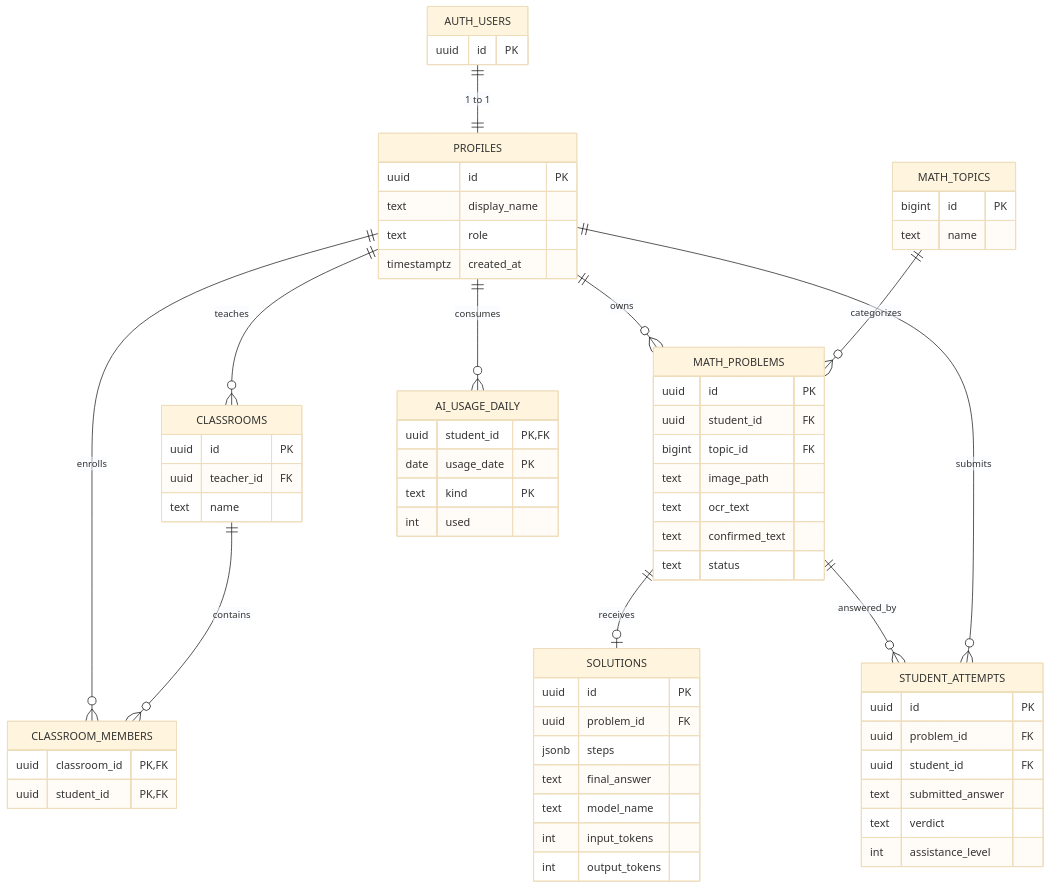
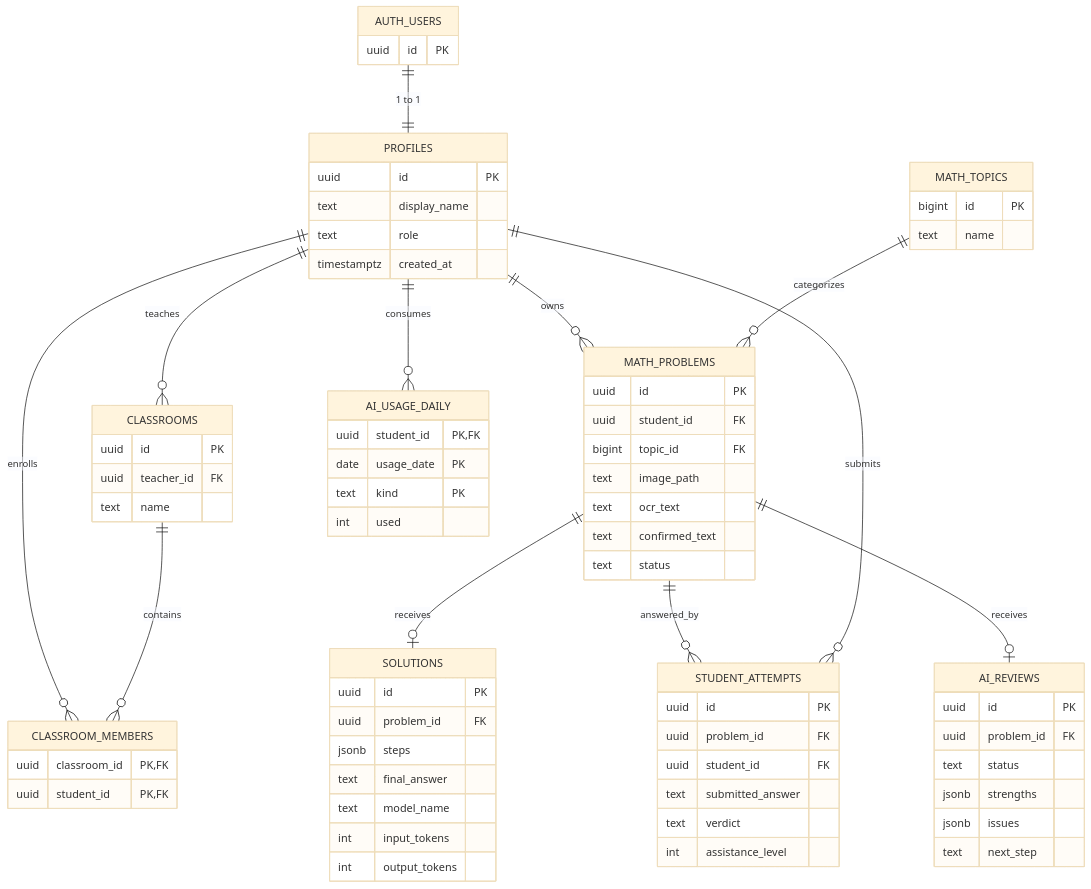
One commit to StephenDev6868/MathFive changed the diagram in math5-ai-agent-blueprint/docs/04_DATABASE.md. Above: the diagram before and after it, drawn with Mermaid (base theme). The commit also changed other lines of this file and 22 other files, not shown here.

````diff
--- a/math5-ai-agent-blueprint/docs/04_DATABASE.md
+++ b/math5-ai-agent-blueprint/docs/04_DATABASE.md
@@ -5,23 +5,25 @@
 ```mermaid
 erDiagram
   AUTH_USERS ||--|| PROFILES : "1 to 1"
   PROFILES ||--o{ CLASSROOMS : teaches
   PROFILES ||--o{ CLASSROOM_MEMBERS : enrolls
   CLASSROOMS ||--o{ CLASSROOM_MEMBERS : contains
   PROFILES ||--o{ MATH_PROBLEMS : owns
   MATH_TOPICS ||--o{ MATH_PROBLEMS : categorizes
   MATH_PROBLEMS ||--o| SOLUTIONS : receives
   MATH_PROBLEMS ||--o{ STUDENT_ATTEMPTS : answered_by
   PROFILES ||--o{ STUDENT_ATTEMPTS : submits
   PROFILES ||--o{ AI_USAGE_DAILY : consumes
+  MATH_PROBLEMS ||--o| AI_REVIEWS : receives
 
   AUTH_USERS { uuid id PK }
   PROFILES { uuid id PK text display_name text role timestamptz created_at }
   CLASSROOMS { uuid id PK uuid teacher_id FK text name }
   CLASSROOM_MEMBERS { uuid classroom_id PK,FK uuid student_id PK,FK }
   MATH_TOPICS { bigint id PK text name }
   MATH_PROBLEMS { uuid id PK uuid student_id FK bigint topic_id FK text image_path text ocr_text text confirmed_text text status }
   SOLUTIONS { uuid id PK uuid problem_id FK jsonb steps text final_answer text model_name int input_tokens int output_tokens }
   STUDENT_ATTEMPTS { uuid id PK uuid problem_id FK uuid student_id FK text submitted_answer text verdict int assistance_level }
   AI_USAGE_DAILY { uuid student_id PK,FK date usage_date PK text kind PK int used }
+  AI_REVIEWS { uuid id PK uuid problem_id FK text status jsonb strengths jsonb issues text next_step }
 ```
````
